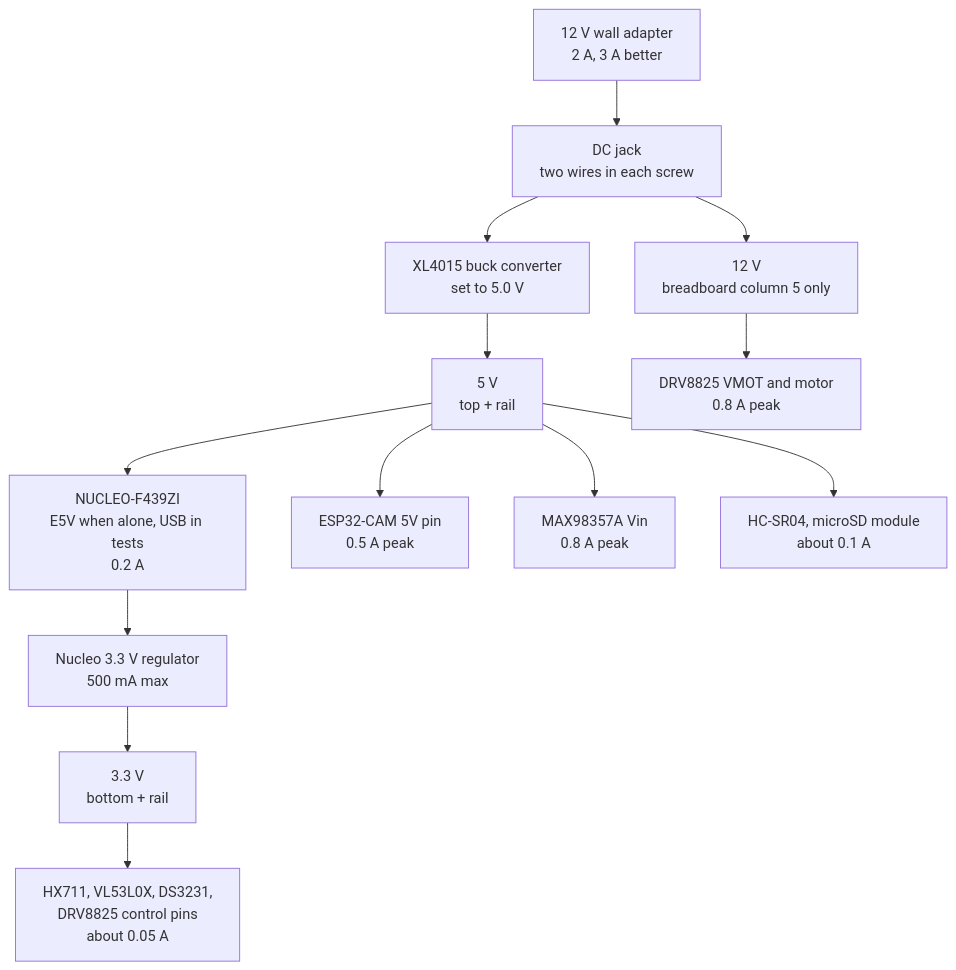
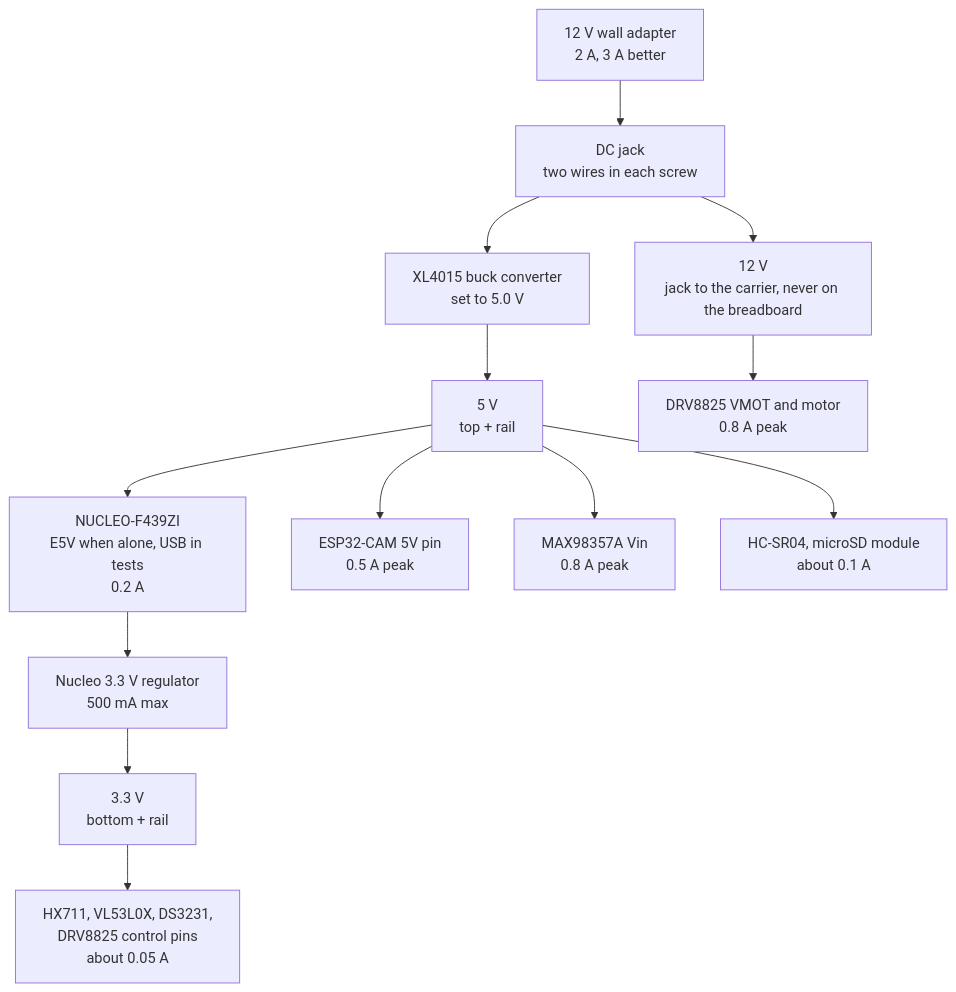
Before and after one commit to sourcandy101/kibbly: the fourth of 10 diagrams in hardware/02_system_architecture.md, drawn with Mermaid. The commit also changed other lines of this file and 13 other files, not shown here.

First line of the commit message:
Put the DRV8825 on its carrier board and take the 12 V off the breadboard

````diff
--- a/hardware/02_system_architecture.md
+++ b/hardware/02_system_architecture.md
@@ -203,27 +203,27 @@
 ```mermaid
 flowchart TB
     AD["12 V wall adapter<br/>2 A, 3 A better"]
-    BUS12["12 V<br/>breadboard column 5 only"]
+    BUS12["12 V<br/>jack to the carrier, never on the breadboard"]
     BK["XL4015 buck converter<br/>set to 5.0 V"]
     BUS5["5 V<br/>top + rail"]
     LDO["Nucleo 3.3 V regulator<br/>500 mA max"]
     BUS3["3.3 V<br/>bottom + rail"]
 
     DRV["DRV8825 VMOT and motor<br/>0.8 A peak"]
     NU["NUCLEO-F439ZI<br/>E5V when alone, USB in tests<br/>0.2 A"]
     ESP["ESP32-CAM 5V pin<br/>0.5 A peak"]
     AMP["MAX98357A Vin<br/>0.8 A peak"]
     S5["HC-SR04, microSD module<br/>about 0.1 A"]
     S3["HX711, VL53L0X, DS3231,<br/>DRV8825 control pins<br/>about 0.05 A"]
 
     JACK["DC jack<br/>two wires in each screw"]
     AD --> JACK
     JACK --> BUS12
     BUS12 --> DRV
     JACK --> BK --> BUS5
     BUS5 --> NU
     BUS5 --> ESP
     BUS5 --> AMP
     BUS5 --> S5
     NU --> LDO --> BUS3 --> S3
 ```
````
